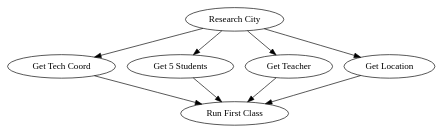
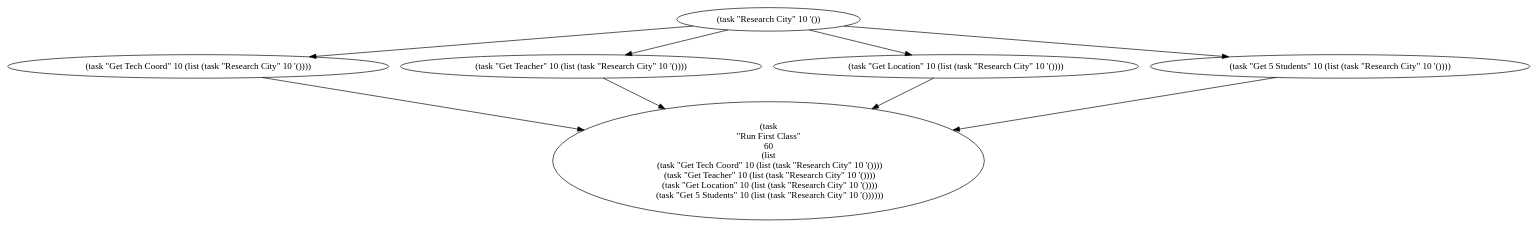
One commit to thoughtstem/gantt changed the diagram in out.dot. Above: the diagram before and after it, drawn with Graphviz. The commit also changed 7 other files, not shown here.

```diff
--- a/out.dot
+++ b/out.dot
@@ -1,21 +1,21 @@
 digraph G {
-	node0 [label="Research City"];
-	node1 [label="Get Tech Coord"];
-	node2 [label="Run First Class"];
-	node3 [label="Get 5 Students"];
-	node4 [label="Get Teacher"];
-	node5 [label="Get Location"];
+	node0 [label="(task \"Get Tech Coord\" 10 (list (task \"Research City\" 10 '())))\n"];
+	node1 [label="(task \"Get Teacher\" 10 (list (task \"Research City\" 10 '())))\n"];
+	node2 [label="(task \"Get Location\" 10 (list (task \"Research City\" 10 '())))\n"];
+	node3 [label="(task \"Research City\" 10 '())\n"];
+	node4 [label="(task \"Get 5 Students\" 10 (list (task \"Research City\" 10 '())))\n"];
+	node5 [label="(task\n \"Run First Class\"\n 60\n (list\n  (task \"Get Tech Coord\" 10 (list (task \"Research City\" 10 '())))\n  (task \"Get Teacher\" 10 (list (task \"Research City\" 10 '())))\n  (task \"Get Location\" 10 (list (task \"Research City\" 10 '())))\n  (task \"Get 5 Students\" 10 (list (task \"Research City\" 10 '())))))\n"];
 	subgraph U {
 		edge [dir=none];
 	}
 	subgraph D {
 		node0 -> node5;
-		node0 -> node1;
-		node0 -> node4;
-		node0 -> node3;
-		node1 -> node2;
+		node1 -> node5;
+		node2 -> node5;
 		node3 -> node2;
-		node4 -> node2;
-		node5 -> node2;
+		node3 -> node0;
+		node3 -> node1;
+		node3 -> node4;
+		node4 -> node5;
 	}
 }
```
